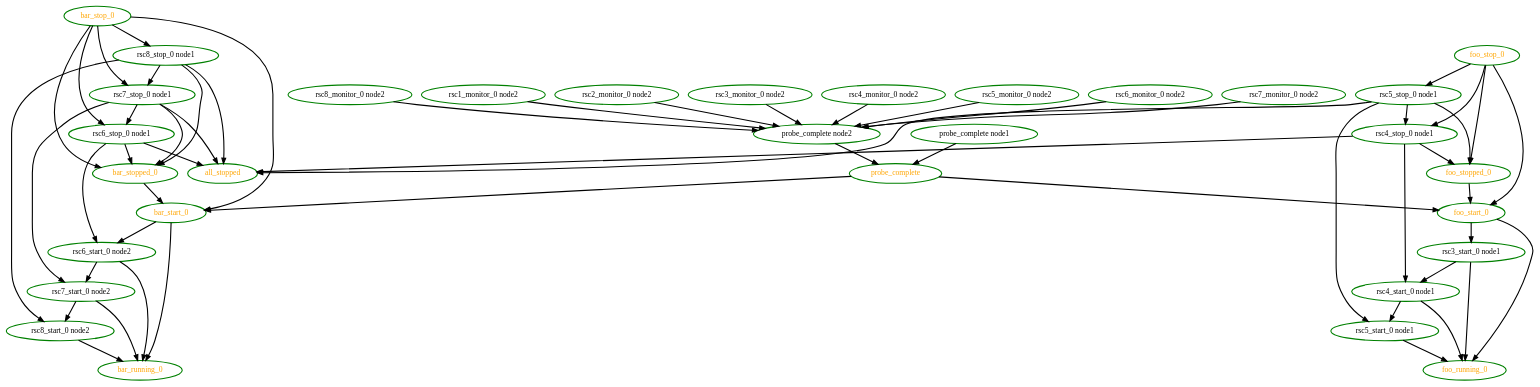
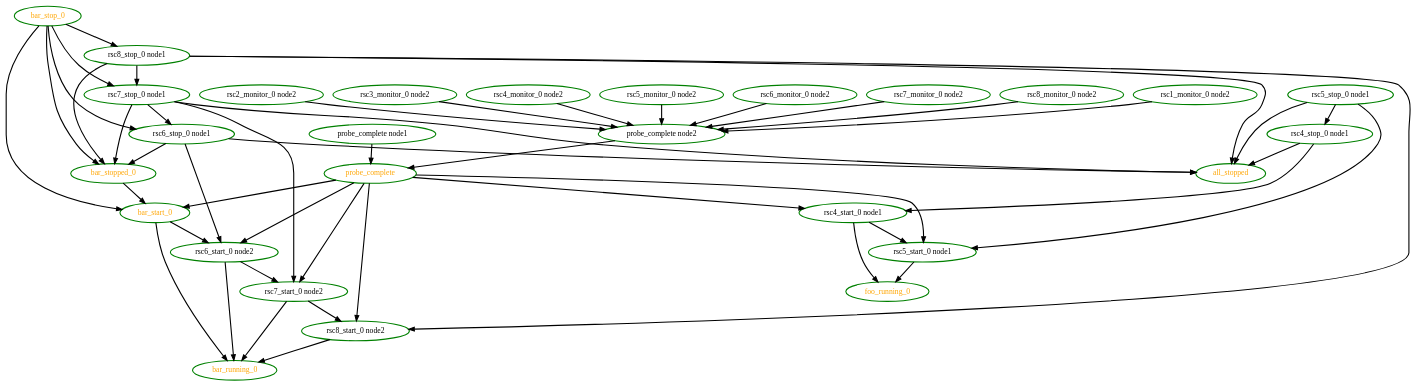
One commit to linux-ha-japan/pm_diskd changed the diagram in pengine/testcases/group9.dot. Above: the diagram before and after it, drawn with Graphviz. The commit also changed 57 other files, not shown here.

```diff
--- a/pengine/testcases/group9.dot
+++ b/pengine/testcases/group9.dot
@@ -1,88 +1,77 @@
  digraph "g" {
 "all_stopped" [ style=bold color="green" fontcolor="orange"  ]
 "bar_running_0" [ style=bold color="green" fontcolor="orange" ]
 "bar_start_0" -> "bar_running_0" [ style = bold]
 "bar_start_0" -> "rsc6_start_0 node2" [ style = bold]
 "bar_start_0" [ style=bold color="green" fontcolor="orange" ]
 "bar_stop_0" -> "bar_start_0" [ style = bold]
 "bar_stop_0" -> "bar_stopped_0" [ style = bold]
 "bar_stop_0" -> "rsc6_stop_0 node1" [ style = bold]
 "bar_stop_0" -> "rsc7_stop_0 node1" [ style = bold]
 "bar_stop_0" -> "rsc8_stop_0 node1" [ style = bold]
 "bar_stop_0" [ style=bold color="green" fontcolor="orange" ]
 "bar_stopped_0" -> "bar_start_0" [ style = bold]
 "bar_stopped_0" [ style=bold color="green" fontcolor="orange" ]
 "foo_running_0" [ style=bold color="green" fontcolor="orange" ]
-"foo_start_0" -> "foo_running_0" [ style = bold]
-"foo_start_0" -> "rsc3_start_0 node1" [ style = bold]
-"foo_start_0" [ style=bold color="green" fontcolor="orange" ]
-"foo_stop_0" -> "foo_start_0" [ style = bold]
-"foo_stop_0" -> "foo_stopped_0" [ style = bold]
-"foo_stop_0" -> "rsc4_stop_0 node1" [ style = bold]
-"foo_stop_0" -> "rsc5_stop_0 node1" [ style = bold]
-"foo_stop_0" [ style=bold color="green" fontcolor="orange" ]
-"foo_stopped_0" -> "foo_start_0" [ style = bold]
-"foo_stopped_0" [ style=bold color="green" fontcolor="orange" ]
 "probe_complete node1" -> "probe_complete" [ style = bold]
 "probe_complete node1" [ style=bold color="green" fontcolor="black" ]
 "probe_complete node2" -> "probe_complete" [ style = bold]
 "probe_complete node2" [ style=bold color="green" fontcolor="black" ]
 "probe_complete" -> "bar_start_0" [ style = bold]
-"probe_complete" -> "foo_start_0" [ style = bold]
+"probe_complete" -> "rsc4_start_0 node1" [ style = bold]
+"probe_complete" -> "rsc5_start_0 node1" [ style = bold]
+"probe_complete" -> "rsc6_start_0 node2" [ style = bold]
+"probe_complete" -> "rsc7_start_0 node2" [ style = bold]
+"probe_complete" -> "rsc8_start_0 node2" [ style = bold]
 "probe_complete" [ style=bold color="green" fontcolor="orange" ]
 "rsc1_monitor_0 node2" -> "probe_complete node2" [ style = bold]
 "rsc1_monitor_0 node2" [ style=bold color="green" fontcolor="black" ]
 "rsc2_monitor_0 node2" -> "probe_complete node2" [ style = bold]
 "rsc2_monitor_0 node2" [ style=bold color="green" fontcolor="black" ]
 "rsc3_monitor_0 node2" -> "probe_complete node2" [ style = bold]
 "rsc3_monitor_0 node2" [ style=bold color="green" fontcolor="black" ]
-"rsc3_start_0 node1" -> "foo_running_0" [ style = bold]
-"rsc3_start_0 node1" -> "rsc4_start_0 node1" [ style = bold]
-"rsc3_start_0 node1" [ style=bold color="green" fontcolor="black"  ]
 "rsc4_monitor_0 node2" -> "probe_complete node2" [ style = bold]
 "rsc4_monitor_0 node2" [ style=bold color="green" fontcolor="black" ]
 "rsc4_start_0 node1" -> "foo_running_0" [ style = bold]
 "rsc4_start_0 node1" -> "rsc5_start_0 node1" [ style = bold]
 "rsc4_start_0 node1" [ style=bold color="green" fontcolor="black" ]
 "rsc4_stop_0 node1" -> "all_stopped" [ style = bold]
-"rsc4_stop_0 node1" -> "foo_stopped_0" [ style = bold]
 "rsc4_stop_0 node1" -> "rsc4_start_0 node1" [ style = bold]
 "rsc4_stop_0 node1" [ style=bold color="green" fontcolor="black" ]
 "rsc5_monitor_0 node2" -> "probe_complete node2" [ style = bold]
 "rsc5_monitor_0 node2" [ style=bold color="green" fontcolor="black" ]
 "rsc5_start_0 node1" -> "foo_running_0" [ style = bold]
 "rsc5_start_0 node1" [ style=bold color="green" fontcolor="black" ]
 "rsc5_stop_0 node1" -> "all_stopped" [ style = bold]
-"rsc5_stop_0 node1" -> "foo_stopped_0" [ style = bold]
 "rsc5_stop_0 node1" -> "rsc4_stop_0 node1" [ style = bold]
 "rsc5_stop_0 node1" -> "rsc5_start_0 node1" [ style = bold]
 "rsc5_stop_0 node1" [ style=bold color="green" fontcolor="black" ]
 "rsc6_monitor_0 node2" -> "probe_complete node2" [ style = bold]
 "rsc6_monitor_0 node2" [ style=bold color="green" fontcolor="black" ]
 "rsc6_start_0 node2" -> "bar_running_0" [ style = bold]
 "rsc6_start_0 node2" -> "rsc7_start_0 node2" [ style = bold]
 "rsc6_start_0 node2" [ style=bold color="green" fontcolor="black" ]
 "rsc6_stop_0 node1" -> "all_stopped" [ style = bold]
 "rsc6_stop_0 node1" -> "bar_stopped_0" [ style = bold]
 "rsc6_stop_0 node1" -> "rsc6_start_0 node2" [ style = bold]
 "rsc6_stop_0 node1" [ style=bold color="green" fontcolor="black" ]
 "rsc7_monitor_0 node2" -> "probe_complete node2" [ style = bold]
 "rsc7_monitor_0 node2" [ style=bold color="green" fontcolor="black" ]
 "rsc7_start_0 node2" -> "bar_running_0" [ style = bold]
 "rsc7_start_0 node2" -> "rsc8_start_0 node2" [ style = bold]
 "rsc7_start_0 node2" [ style=bold color="green" fontcolor="black" ]
 "rsc7_stop_0 node1" -> "all_stopped" [ style = bold]
 "rsc7_stop_0 node1" -> "bar_stopped_0" [ style = bold]
 "rsc7_stop_0 node1" -> "rsc6_stop_0 node1" [ style = bold]
 "rsc7_stop_0 node1" -> "rsc7_start_0 node2" [ style = bold]
 "rsc7_stop_0 node1" [ style=bold color="green" fontcolor="black" ]
 "rsc8_monitor_0 node2" -> "probe_complete node2" [ style = bold]
 "rsc8_monitor_0 node2" [ style=bold color="green" fontcolor="black" ]
 "rsc8_start_0 node2" -> "bar_running_0" [ style = bold]
 "rsc8_start_0 node2" [ style=bold color="green" fontcolor="black" ]
 "rsc8_stop_0 node1" -> "all_stopped" [ style = bold]
 "rsc8_stop_0 node1" -> "bar_stopped_0" [ style = bold]
 "rsc8_stop_0 node1" -> "rsc7_stop_0 node1" [ style = bold]
 "rsc8_stop_0 node1" -> "rsc8_start_0 node2" [ style = bold]
 "rsc8_stop_0 node1" [ style=bold color="green" fontcolor="black" ]
 }
```
